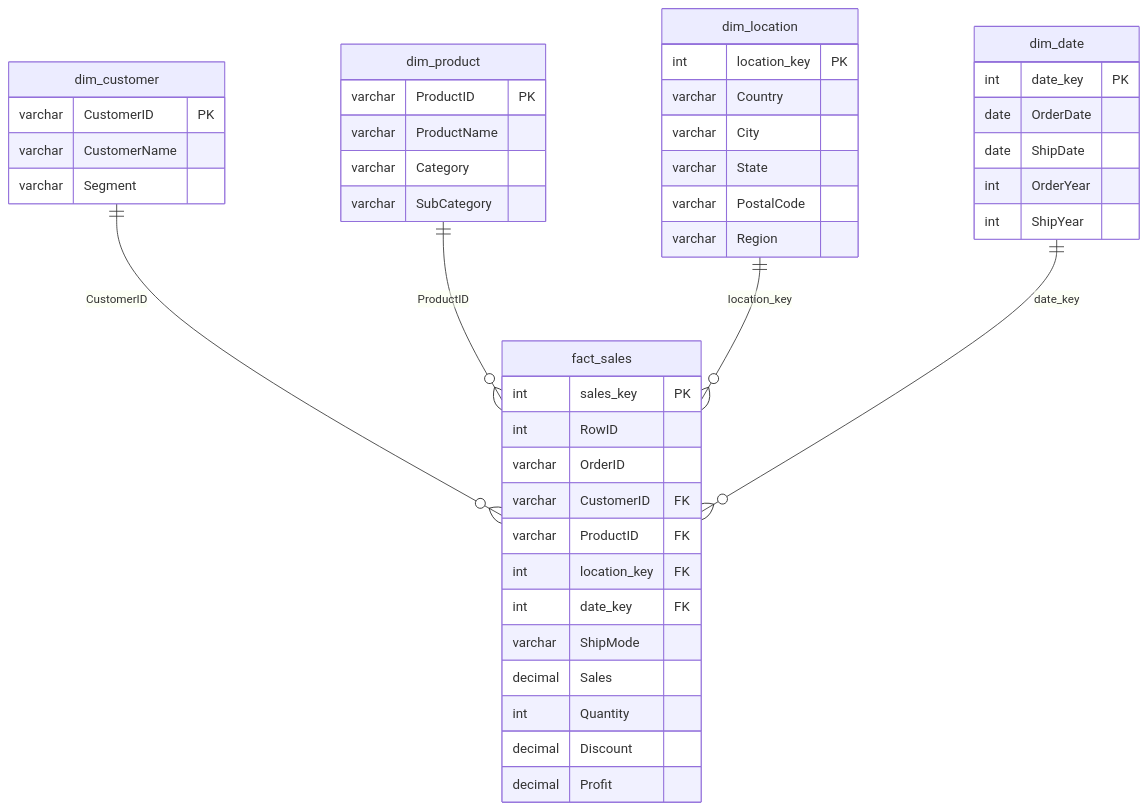
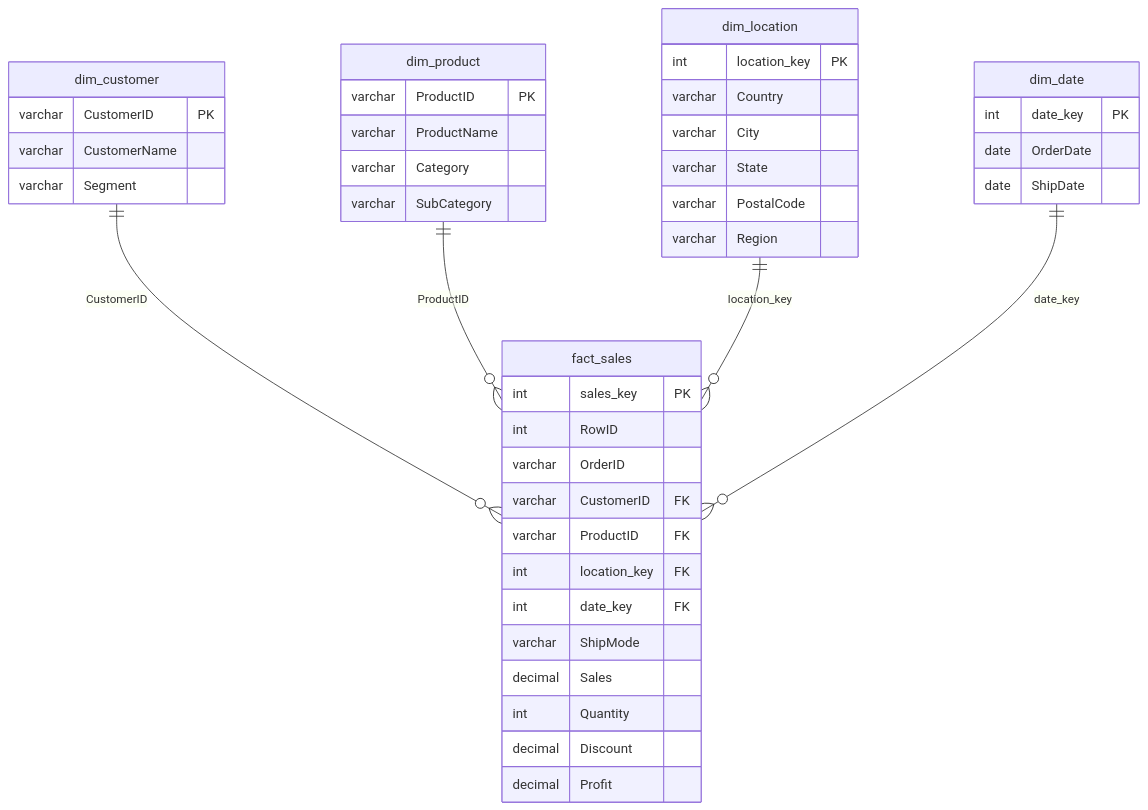
One commit to kirogadallah/Central-Superstore-SQL-Data-Warehouse-Sales-Analytics changed the diagram in README.md. Above: the diagram before and after it, drawn with Mermaid. The commit also changed other lines of this file and 8 other files, not shown here.

````diff
--- a/README.md
+++ b/README.md
@@ -43,48 +66,46 @@
 ```mermaid
 erDiagram
     dim_customer ||--o{ fact_sales : CustomerID
     dim_product  ||--o{ fact_sales : ProductID
     dim_location ||--o{ fact_sales : location_key
     dim_date     ||--o{ fact_sales : date_key
 
     fact_sales {
         int sales_key PK
         int RowID
         varchar OrderID
         varchar CustomerID FK
         varchar ProductID FK
         int location_key FK
         int date_key FK
         varchar ShipMode
         decimal Sales
         int Quantity
         decimal Discount
         decimal Profit
     }
     dim_customer {
         varchar CustomerID PK
         varchar CustomerName
         varchar Segment
     }
     dim_product {
         varchar ProductID PK
         varchar ProductName
         varchar Category
         varchar SubCategory
     }
     dim_location {
         int location_key PK
         varchar Country
         varchar City
         varchar State
         varchar PostalCode
         varchar Region
     }
     dim_date {
         int date_key PK
         date OrderDate
         date ShipDate
-        int OrderYear
-        int ShipYear
     }
 ```
````
